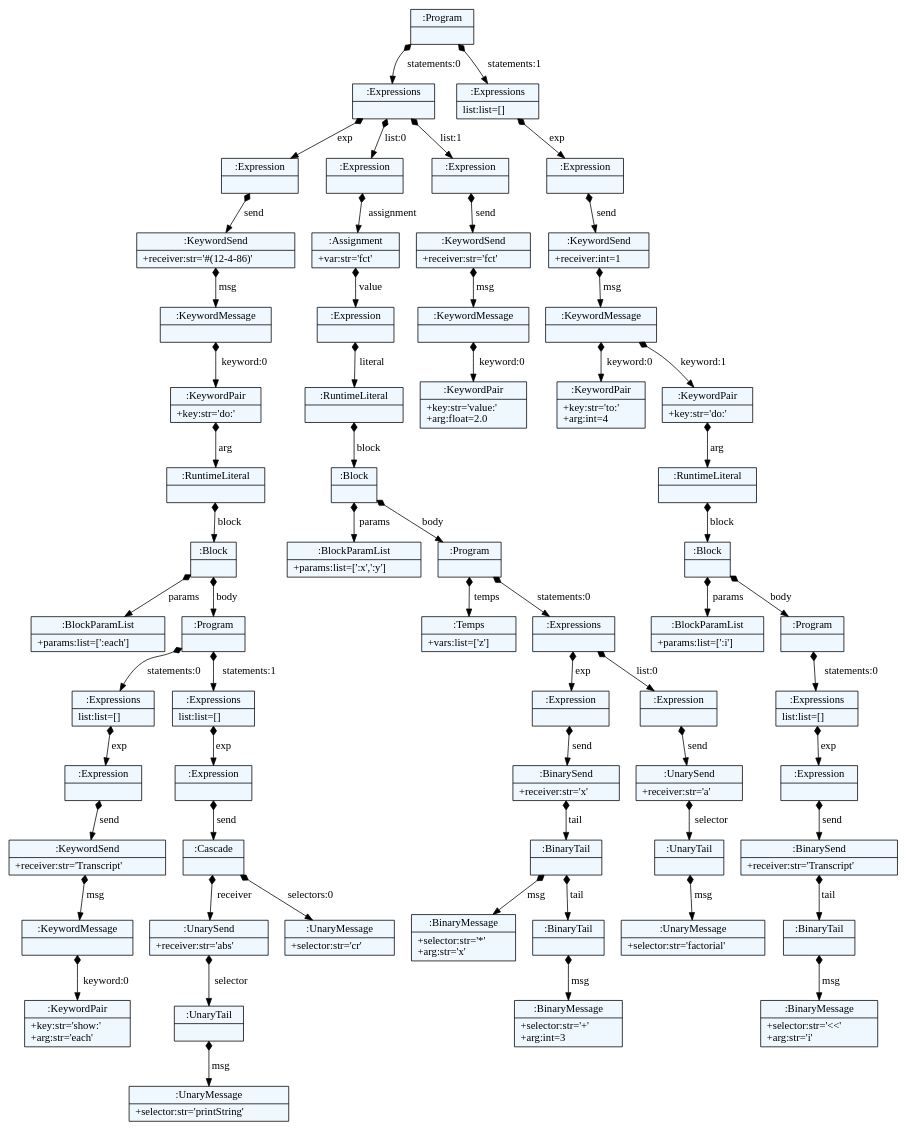
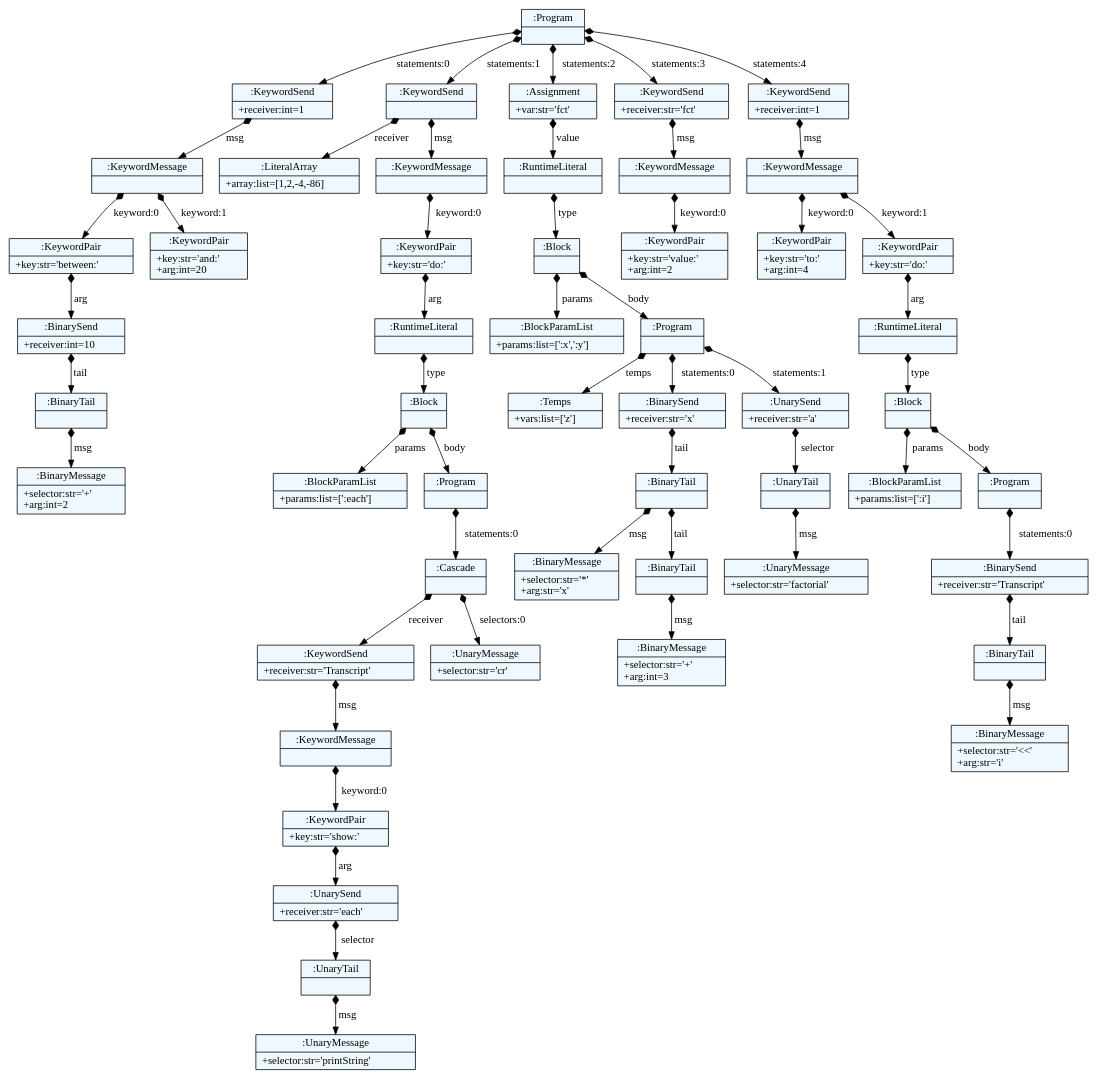
The diagram in parser/dot/block.dot (spcnz/smalltalk-parser), drawn with Graphviz before and after one commit. The commit also changed 6093 other files, not shown here.

```diff
--- a/parser/dot/block.dot
+++ b/parser/dot/block.dot
@@ -11,124 +11,108 @@
     edge[dir=black,arrowtail=empty]
 
 
-2686774180048 -> 2686767683176 [label="statements:0" arrowtail=diamond dir=both]
-2686767683176 -> 2686796596056 [label="exp" arrowtail=diamond dir=both]
-2686796596056 -> 2686796595664 [label="send" arrowtail=diamond dir=both]
-2686796595664 -> 2686796596896 [label="msg" arrowtail=diamond dir=both]
-2686796596896 -> 2686796597288 [label="keyword:0" arrowtail=diamond dir=both]
-2686796597288 -> 2686824188168 [label="arg" arrowtail=diamond dir=both]
-2686824188168 -> 2686824188336 [label="block" arrowtail=diamond dir=both]
-2686824188336 -> 2686824188504 [label="params" arrowtail=diamond dir=both]
-2686824188504[label="{:BlockParamList|+params:list=[':each']\l}"]
-2686824188336 -> 2686824188560 [label="body" arrowtail=diamond dir=both]
-2686824188560 -> 2686824188840 [label="statements:0" arrowtail=diamond dir=both]
-2686824188840 -> 2686824188952 [label="exp" arrowtail=diamond dir=both]
-2686824188952 -> 2686824189120 [label="send" arrowtail=diamond dir=both]
-2686824189120 -> 2686824189344 [label="msg" arrowtail=diamond dir=both]
-2686824189344 -> 2686824189456 [label="keyword:0" arrowtail=diamond dir=both]
-2686824189456[label="{:KeywordPair|+key:str='show:'\l+arg:str='each'\l}"]
-2686824189344[label="{:KeywordMessage|}"]
-2686824189120[label="{:KeywordSend|+receiver:str='Transcript'\l}"]
-2686824188952[label="{:Expression|}"]
-2686824188840[label="{:Expressions|list:list=[]\l}"]
-2686824188560 -> 2686824188896 [label="statements:1" arrowtail=diamond dir=both]
-2686824188896 -> 2686824189064 [label="exp" arrowtail=diamond dir=both]
-2686824189064 -> 2686824189288 [label="send" arrowtail=diamond dir=both]
-2686824189288 -> 2686824189568 [label="receiver" arrowtail=diamond dir=both]
-2686824189568 -> 2686824189848 [label="selector" arrowtail=diamond dir=both]
-2686824189848 -> 2686659162184 [label="msg" arrowtail=diamond dir=both]
-2686659162184[label="{:UnaryMessage|+selector:str='printString'\l}"]
-2686824189848[label="{:UnaryTail|}"]
-2686824189568[label="{:UnarySend|+receiver:str='abs'\l}"]
-2686824189288 -> 2686824189736 [label="selectors:0" arrowtail=diamond dir=both]
-2686824189736[label="{:UnaryMessage|+selector:str='cr'\l}"]
-2686824189288[label="{:Cascade|}"]
-2686824189064[label="{:Expression|}"]
-2686824188896[label="{:Expressions|list:list=[]\l}"]
-2686824188560[label="{:Program|}"]
-2686824188336[label="{:Block|}"]
-2686824188168[label="{:RuntimeLiteral|}"]
-2686796597288[label="{:KeywordPair|+key:str='do:'\l}"]
-2686796596896[label="{:KeywordMessage|}"]
-2686796595664[label="{:KeywordSend|+receiver:str='#(12-4-86)'\l}"]
-2686796596056[label="{:Expression|}"]
-2686767683176 -> 2686796596616 [label="list:0" arrowtail=diamond dir=both]
-2686796596616 -> 2686796595776 [label="assignment" arrowtail=diamond dir=both]
-2686796595776 -> 2686796596840 [label="value" arrowtail=diamond dir=both]
-2686796596840 -> 2686824188280 [label="literal" arrowtail=diamond dir=both]
-2686824188280 -> 2686824188616 [label="block" arrowtail=diamond dir=both]
-2686824188616 -> 2686824189008 [label="params" arrowtail=diamond dir=both]
-2686824189008[label="{:BlockParamList|+params:list=[':x',':y']\l}"]
-2686824188616 -> 2686824189176 [label="body" arrowtail=diamond dir=both]
-2686824189176 -> 2686824189792 [label="temps" arrowtail=diamond dir=both]
-2686824189792[label="{:Temps|+vars:list=['z']\l}"]
-2686824189176 -> 2686659162240 [label="statements:0" arrowtail=diamond dir=both]
-2686659162240 -> 2686659162296 [label="exp" arrowtail=diamond dir=both]
-2686659162296 -> 2686659162520 [label="send" arrowtail=diamond dir=both]
-2686659162520 -> 2686659162744 [label="tail" arrowtail=diamond dir=both]
-2686659162744 -> 2686659162856 [label="msg" arrowtail=diamond dir=both]
-2686659162856[label="{:BinaryMessage|+selector:str='*'\l+arg:str='x'\l}"]
-2686659162744 -> 2686659162912 [label="tail" arrowtail=diamond dir=both]
-2686659162912 -> 2686659163080 [label="msg" arrowtail=diamond dir=both]
-2686659163080[label="{:BinaryMessage|+selector:str='+'\l+arg:int=3\l}"]
-2686659162912[label="{:BinaryTail|}"]
-2686659162744[label="{:BinaryTail|}"]
-2686659162520[label="{:BinarySend|+receiver:str='x'\l}"]
-2686659162296[label="{:Expression|}"]
-2686659162240 -> 2686659162352 [label="list:0" arrowtail=diamond dir=both]
-2686659162352 -> 2686659162632 [label="send" arrowtail=diamond dir=both]
-2686659162632 -> 2686659163024 [label="selector" arrowtail=diamond dir=both]
-2686659163024 -> 2686659163192 [label="msg" arrowtail=diamond dir=both]
-2686659163192[label="{:UnaryMessage|+selector:str='factorial'\l}"]
-2686659163024[label="{:UnaryTail|}"]
-2686659162632[label="{:UnarySend|+receiver:str='a'\l}"]
-2686659162352[label="{:Expression|}"]
-2686659162240[label="{:Expressions|}"]
-2686824189176[label="{:Program|}"]
-2686824188616[label="{:Block|}"]
-2686824188280[label="{:RuntimeLiteral|}"]
-2686796596840[label="{:Expression|}"]
-2686796595776[label="{:Assignment|+var:str='fct'\l}"]
-2686796596616[label="{:Expression|}"]
-2686767683176 -> 2686796597344 [label="list:1" arrowtail=diamond dir=both]
-2686796597344 -> 2686796596952 [label="send" arrowtail=diamond dir=both]
-2686796596952 -> 2686824188448 [label="msg" arrowtail=diamond dir=both]
-2686824188448 -> 2686824188784 [label="keyword:0" arrowtail=diamond dir=both]
-2686824188784[label="{:KeywordPair|+key:str='value:'\l+arg:float=2.0\l}"]
-2686824188448[label="{:KeywordMessage|}"]
-2686796596952[label="{:KeywordSend|+receiver:str='fct'\l}"]
-2686796597344[label="{:Expression|}"]
-2686767683176[label="{:Expressions|}"]
-2686774180048 -> 2686768814512 [label="statements:1" arrowtail=diamond dir=both]
-2686768814512 -> 2686796597568 [label="exp" arrowtail=diamond dir=both]
-2686796597568 -> 2686824188728 [label="send" arrowtail=diamond dir=both]
-2686824188728 -> 2686659162408 [label="msg" arrowtail=diamond dir=both]
-2686659162408 -> 2686659162688 [label="keyword:0" arrowtail=diamond dir=both]
-2686659162688[label="{:KeywordPair|+key:str='to:'\l+arg:int=4\l}"]
-2686659162408 -> 2686659162800 [label="keyword:1" arrowtail=diamond dir=both]
-2686659162800 -> 2686659163416 [label="arg" arrowtail=diamond dir=both]
-2686659163416 -> 2686659163528 [label="block" arrowtail=diamond dir=both]
-2686659163528 -> 2686659163696 [label="params" arrowtail=diamond dir=both]
-2686659163696[label="{:BlockParamList|+params:list=[':i']\l}"]
-2686659163528 -> 2686659163752 [label="body" arrowtail=diamond dir=both]
-2686659163752 -> 2686659164088 [label="statements:0" arrowtail=diamond dir=both]
-2686659164088 -> 2686659164200 [label="exp" arrowtail=diamond dir=both]
-2686659164200 -> 2686659164368 [label="send" arrowtail=diamond dir=both]
-2686659164368 -> 2686659164592 [label="tail" arrowtail=diamond dir=both]
-2686659164592 -> 2686659164704 [label="msg" arrowtail=diamond dir=both]
-2686659164704[label="{:BinaryMessage|+selector:str='\<\<'\l+arg:str='i'\l}"]
-2686659164592[label="{:BinaryTail|}"]
-2686659164368[label="{:BinarySend|+receiver:str='Transcript'\l}"]
-2686659164200[label="{:Expression|}"]
-2686659164088[label="{:Expressions|list:list=[]\l}"]
-2686659163752[label="{:Program|}"]
-2686659163528[label="{:Block|}"]
-2686659163416[label="{:RuntimeLiteral|}"]
-2686659162800[label="{:KeywordPair|+key:str='do:'\l}"]
-2686659162408[label="{:KeywordMessage|}"]
-2686824188728[label="{:KeywordSend|+receiver:int=1\l}"]
-2686796597568[label="{:Expression|}"]
-2686768814512[label="{:Expressions|list:list=[]\l}"]
-2686774180048[label="{:Program|}"]
+2614520028128 -> 2614521904432 [label="statements:0" arrowtail=diamond dir=both]
+2614521904432 -> 2614580254536 [label="msg" arrowtail=diamond dir=both]
+2614580254536 -> 2614584200272 [label="keyword:0" arrowtail=diamond dir=both]
+2614584200272 -> 2614584199936 [label="arg" arrowtail=diamond dir=both]
+2614584199936 -> 2614584197752 [label="tail" arrowtail=diamond dir=both]
+2614584197752 -> 2614584197416 [label="msg" arrowtail=diamond dir=both]
+2614584197416[label="{:BinaryMessage|+selector:str='+'\l+arg:int=2\l}"]
+2614584197752[label="{:BinaryTail|}"]
+2614584199936[label="{:BinarySend|+receiver:int=10\l}"]
+2614584200272[label="{:KeywordPair|+key:str='between:'\l}"]
+2614580254536 -> 2614584197976 [label="keyword:1" arrowtail=diamond dir=both]
+2614584197976[label="{:KeywordPair|+key:str='and:'\l+arg:int=20\l}"]
+2614580254536[label="{:KeywordMessage|}"]
+2614521904432[label="{:KeywordSend|+receiver:int=1\l}"]
+2614520028128 -> 2614521902248 [label="statements:1" arrowtail=diamond dir=both]
+2614521902248 -> 2614584200664 [label="receiver" arrowtail=diamond dir=both]
+2614584200664[label="{:LiteralArray|+array:list=[1,2,-4,-86]\l}"]
+2614521902248 -> 2614584200888 [label="msg" arrowtail=diamond dir=both]
+2614584200888 -> 2614584200104 [label="keyword:0" arrowtail=diamond dir=both]
+2614584200104 -> 2614584200048 [label="arg" arrowtail=diamond dir=both]
+2614584200048 -> 2614584198760 [label="type" arrowtail=diamond dir=both]
+2614584198760 -> 2614584199544 [label="params" arrowtail=diamond dir=both]
+2614584199544[label="{:BlockParamList|+params:list=[':each']\l}"]
+2614584198760 -> 2614584197360 [label="body" arrowtail=diamond dir=both]
+2614584197360 -> 2614584198032 [label="statements:0" arrowtail=diamond dir=both]
+2614584198032 -> 2614520381568 [label="receiver" arrowtail=diamond dir=both]
+2614520381568 -> 2614520382800 [label="msg" arrowtail=diamond dir=both]
+2614520382800 -> 2614520384032 [label="keyword:0" arrowtail=diamond dir=both]
+2614520384032 -> 2614520382632 [label="arg" arrowtail=diamond dir=both]
+2614520382632 -> 2614520383584 [label="selector" arrowtail=diamond dir=both]
+2614520383584 -> 2614520385376 [label="msg" arrowtail=diamond dir=both]
+2614520385376[label="{:UnaryMessage|+selector:str='printString'\l}"]
+2614520383584[label="{:UnaryTail|}"]
+2614520382632[label="{:UnarySend|+receiver:str='each'\l}"]
+2614520384032[label="{:KeywordPair|+key:str='show:'\l}"]
+2614520382800[label="{:KeywordMessage|}"]
+2614520381568[label="{:KeywordSend|+receiver:str='Transcript'\l}"]
+2614584198032 -> 2614520384200 [label="selectors:0" arrowtail=diamond dir=both]
+2614520384200[label="{:UnaryMessage|+selector:str='cr'\l}"]
+2614584198032[label="{:Cascade|}"]
+2614584197360[label="{:Program|}"]
+2614584198760[label="{:Block|}"]
+2614584200048[label="{:RuntimeLiteral|}"]
+2614584200104[label="{:KeywordPair|+key:str='do:'\l}"]
+2614584200888[label="{:KeywordMessage|}"]
+2614521902248[label="{:KeywordSend|}"]
+2614520028128 -> 2614584200440 [label="statements:2" arrowtail=diamond dir=both]
+2614584200440 -> 2614584198312 [label="value" arrowtail=diamond dir=both]
+2614584198312 -> 2614584197528 [label="type" arrowtail=diamond dir=both]
+2614584197528 -> 2614584197584 [label="params" arrowtail=diamond dir=both]
+2614584197584[label="{:BlockParamList|+params:list=[':x',':y']\l}"]
+2614584197528 -> 2614584197192 [label="body" arrowtail=diamond dir=both]
+2614584197192 -> 2614520384480 [label="temps" arrowtail=diamond dir=both]
+2614520384480[label="{:Temps|+vars:list=['z']\l}"]
+2614584197192 -> 2614520382296 [label="statements:0" arrowtail=diamond dir=both]
+2614520382296 -> 2614520385208 [label="tail" arrowtail=diamond dir=both]
+2614520385208 -> 2614520382520 [label="msg" arrowtail=diamond dir=both]
+2614520382520[label="{:BinaryMessage|+selector:str='*'\l+arg:str='x'\l}"]
+2614520385208 -> 2614520383640 [label="tail" arrowtail=diamond dir=both]
+2614520383640 -> 2614520384984 [label="msg" arrowtail=diamond dir=both]
+2614520384984[label="{:BinaryMessage|+selector:str='+'\l+arg:int=3\l}"]
+2614520383640[label="{:BinaryTail|}"]
+2614520385208[label="{:BinaryTail|}"]
+2614520382296[label="{:BinarySend|+receiver:str='x'\l}"]
+2614584197192 -> 2614520384704 [label="statements:1" arrowtail=diamond dir=both]
+2614520384704 -> 2614520384872 [label="selector" arrowtail=diamond dir=both]
+2614520384872 -> 2614520381848 [label="msg" arrowtail=diamond dir=both]
+2614520381848[label="{:UnaryMessage|+selector:str='factorial'\l}"]
+2614520384872[label="{:UnaryTail|}"]
+2614520384704[label="{:UnarySend|+receiver:str='a'\l}"]
+2614584197192[label="{:Program|}"]
+2614584197528[label="{:Block|}"]
+2614584198312[label="{:RuntimeLiteral|}"]
+2614584200440[label="{:Assignment|+var:str='fct'\l}"]
+2614520028128 -> 2614584199376 [label="statements:3" arrowtail=diamond dir=both]
+2614584199376 -> 2614584199152 [label="msg" arrowtail=diamond dir=both]
+2614584199152 -> 2614584198928 [label="keyword:0" arrowtail=diamond dir=both]
+2614584198928[label="{:KeywordPair|+key:str='value:'\l+arg:int=2\l}"]
+2614584199152[label="{:KeywordMessage|}"]
+2614584199376[label="{:KeywordSend|+receiver:str='fct'\l}"]
+2614520028128 -> 2614584199768 [label="statements:4" arrowtail=diamond dir=both]
+2614584199768 -> 2614584201168 [label="msg" arrowtail=diamond dir=both]
+2614584201168 -> 2614520383696 [label="keyword:0" arrowtail=diamond dir=both]
+2614520383696[label="{:KeywordPair|+key:str='to:'\l+arg:int=4\l}"]
+2614584201168 -> 2614520384424 [label="keyword:1" arrowtail=diamond dir=both]
+2614520384424 -> 2614559054424 [label="arg" arrowtail=diamond dir=both]
+2614559054424 -> 2614559053696 [label="type" arrowtail=diamond dir=both]
+2614559053696 -> 2614559055264 [label="params" arrowtail=diamond dir=both]
+2614559055264[label="{:BlockParamList|+params:list=[':i']\l}"]
+2614559053696 -> 2614559055208 [label="body" arrowtail=diamond dir=both]
+2614559055208 -> 2614559053360 [label="statements:0" arrowtail=diamond dir=both]
+2614559053360 -> 2614559053304 [label="tail" arrowtail=diamond dir=both]
+2614559053304 -> 2614559055376 [label="msg" arrowtail=diamond dir=both]
+2614559055376[label="{:BinaryMessage|+selector:str='\<\<'\l+arg:str='i'\l}"]
+2614559053304[label="{:BinaryTail|}"]
+2614559053360[label="{:BinarySend|+receiver:str='Transcript'\l}"]
+2614559055208[label="{:Program|}"]
+2614559053696[label="{:Block|}"]
+2614559054424[label="{:RuntimeLiteral|}"]
+2614520384424[label="{:KeywordPair|+key:str='do:'\l}"]
+2614584201168[label="{:KeywordMessage|}"]
+2614584199768[label="{:KeywordSend|+receiver:int=1\l}"]
+2614520028128[label="{:Program|}"]
 
 }
```
